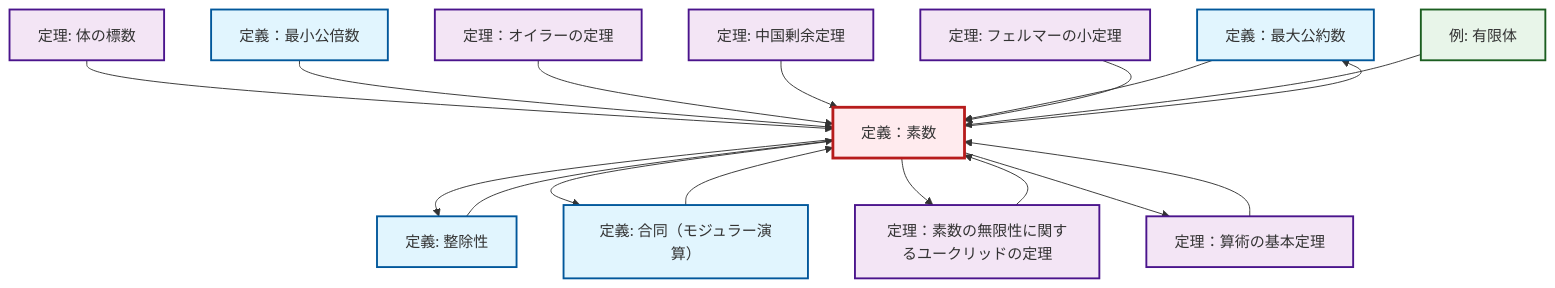
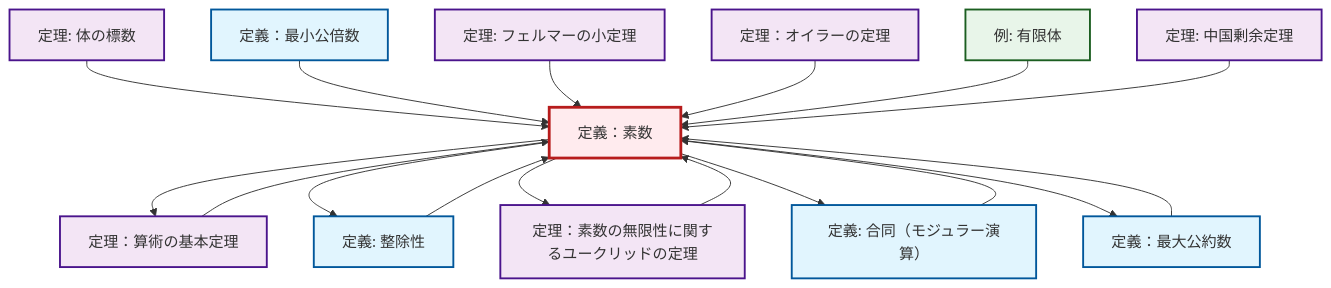
One commit to RK0429/ModernMath changed the diagram in content/ja/number-theory/def-prime.qmd. Above: the diagram before and after it, drawn with Mermaid. The commit also changed 672 other files, not shown here.

````diff
--- a/content/ja/number-theory/def-prime.qmd
+++ b/content/ja/number-theory/def-prime.qmd
@@ -66,49 +66,49 @@
 ```{mermaid}
-%%| fig-cap: "Local dependency graph"
+%%| fig-cap: "ローカル依存関係グラフ"
 graph TD
     classDef definition fill:#e1f5fe,stroke:#01579b,stroke-width:2px
     classDef theorem fill:#f3e5f5,stroke:#4a148c,stroke-width:2px
     classDef axiom fill:#fff3e0,stroke:#e65100,stroke-width:2px
     classDef example fill:#e8f5e9,stroke:#1b5e20,stroke-width:2px
     classDef current fill:#ffebee,stroke:#b71c1c,stroke-width:3px
-    def-gcd["定義：最大公約数"]:::definition
-    def-prime["定義：素数"]:::definition
-    def-congruence["定義: 合同（モジュラー演算）"]:::definition
-    thm-chinese-remainder["定理: 中国剰余定理"]:::theorem
-    thm-euler["定理：オイラーの定理"]:::theorem
-    thm-field-characteristic["定理: 体の標数"]:::theorem
     def-lcm["定義：最小公倍数"]:::definition
     thm-fundamental-arithmetic["定理：算術の基本定理"]:::theorem
+    thm-fermat-little["定理: フェルマーの小定理"]:::theorem
+    thm-field-characteristic["定理: 体の標数"]:::theorem
+    thm-euler["定理：オイラーの定理"]:::theorem
+    thm-euclid-infinitude-primes["定理：素数の無限性に関するユークリッドの定理"]:::theorem
+    def-congruence["定義: 合同（モジュラー演算）"]:::definition
     ex-finite-field["例: 有限体"]:::example
-    thm-euclid-infinitude-primes["定理：素数の無限性に関するユークリッドの定理"]:::theorem
-    thm-fermat-little["定理: フェルマーの小定理"]:::theorem
+    def-prime["定義：素数"]:::definition
+    def-gcd["定義：最大公約数"]:::definition
+    thm-chinese-remainder["定理: 中国剰余定理"]:::theorem
     def-divisibility["定義: 整除性"]:::definition
+    def-congruence --> def-prime
+    def-gcd --> def-prime
     thm-field-characteristic --> def-prime
     def-lcm --> def-prime
-    thm-euler --> def-prime
-    thm-chinese-remainder --> def-prime
-    def-prime --> def-divisibility
-    def-prime --> def-gcd
-    def-divisibility --> def-prime
-    def-prime --> def-congruence
-    def-gcd --> def-prime
-    def-congruence --> def-prime
-    def-prime --> thm-euclid-infinitude-primes
     thm-fermat-little --> def-prime
     thm-fundamental-arithmetic --> def-prime
+    def-divisibility --> def-prime
     def-prime --> thm-fundamental-arithmetic
+    def-prime --> def-divisibility
+    thm-euclid-infinitude-primes --> def-prime
+    def-prime --> thm-euclid-infinitude-primes
+    thm-euler --> def-prime
+    def-prime --> def-congruence
+    def-prime --> def-gcd
     ex-finite-field --> def-prime
-    thm-euclid-infinitude-primes --> def-prime
+    thm-chinese-remainder --> def-prime
     class def-prime current
-    click def-gcd "def-gcd.html" "定義：最大公約数へ"
-    click def-congruence "def-congruence.html" "合同（モジュラー演算）の定義へ"
-    click thm-chinese-remainder "thm-chinese-remainder.html" "中国剰余定理の定理へ"
-    click thm-euler "thm-euler.html" "定理：オイラーの定理へ"
-    click thm-field-characteristic "thm-field-characteristic.html" "体の標数の定理へ"
     click def-lcm "def-lcm.html" "定義：最小公倍数へ"
     click thm-fundamental-arithmetic "thm-fundamental-arithmetic.html" "定理：算術の基本定理へ"
+    click thm-fermat-little "thm-fermat-little.html" "フェルマーの小定理の定理へ"
+    click thm-field-characteristic "thm-field-characteristic.html" "体の標数の定理へ"
+    click thm-euler "thm-euler.html" "定理：オイラーの定理へ"
+    click thm-euclid-infinitude-primes "thm-euclid-infinitude-primes.html" "定理：素数の無限性に関するユークリッドの定理へ"
+    click def-congruence "def-congruence.html" "合同（モジュラー演算）の定義へ"
     click ex-finite-field "ex-finite-field.html" "有限体の例へ"
-    click thm-euclid-infinitude-primes "thm-euclid-infinitude-primes.html" "定理：素数の無限性に関するユークリッドの定理へ"
-    click thm-fermat-little "thm-fermat-little.html" "フェルマーの小定理の定理へ"
+    click def-gcd "def-gcd.html" "定義：最大公約数へ"
+    click thm-chinese-remainder "thm-chinese-remainder.html" "中国剰余定理の定理へ"
     click def-divisibility "def-divisibility.html" "整除性の定義へ"
 ```
````
